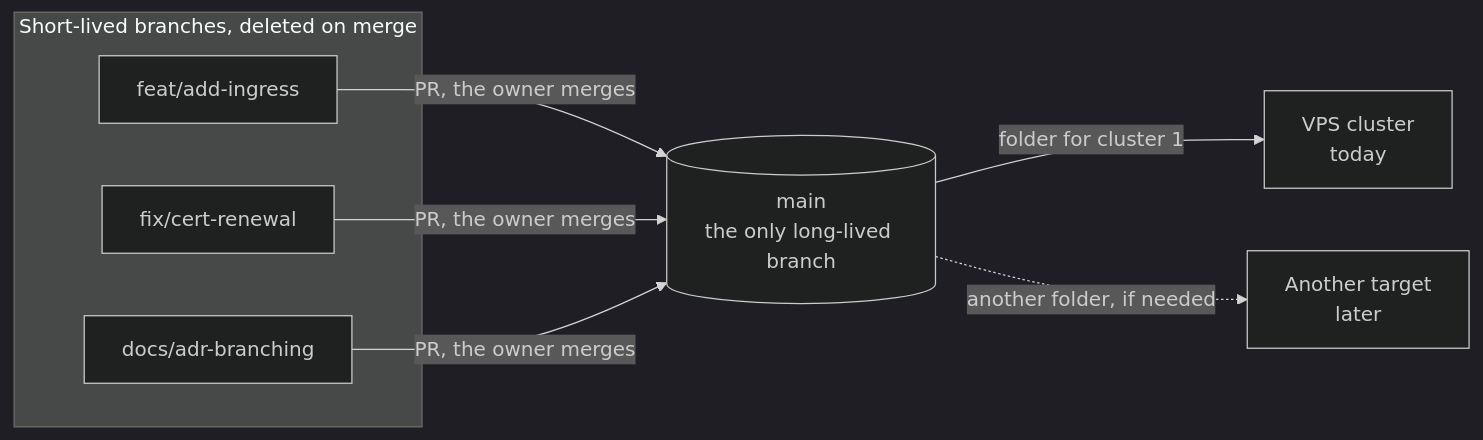
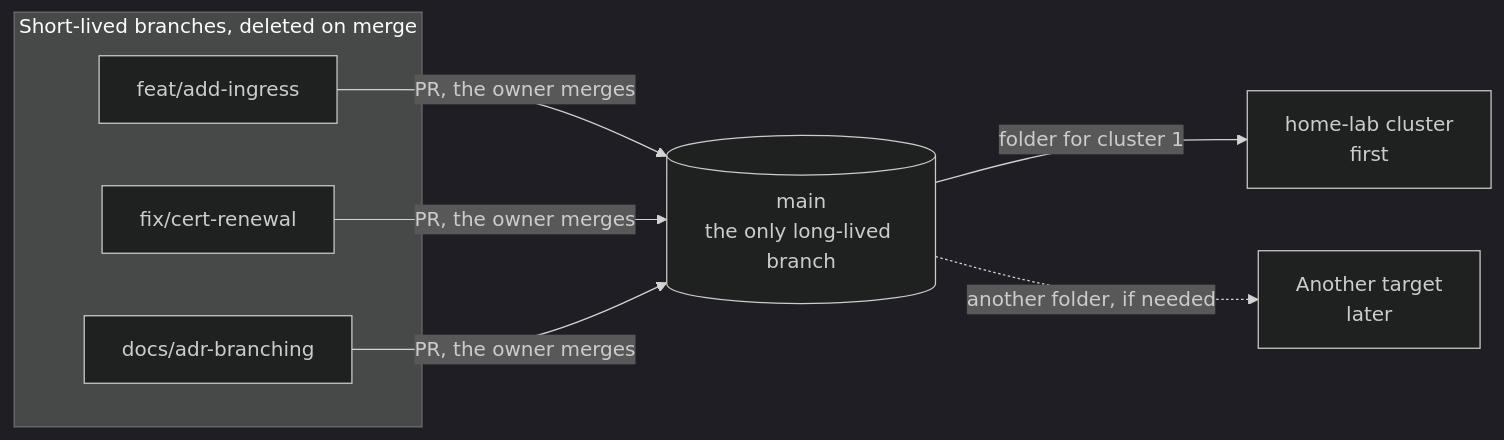
Before and after one commit to jonhill90/central-hub: the diagram in docs/decisions/0002-use-one-main-branch-with-environment-folders.md, drawn with Mermaid (dark theme). The commit also changed other lines of this file and 21 other files, not shown here.

````diff
--- a/docs/decisions/0002-use-one-main-branch-with-environment-folders.md
+++ b/docs/decisions/0002-use-one-main-branch-with-environment-folders.md
@@ -50,14 +50,14 @@
 ```mermaid
 flowchart LR
   subgraph short["Short-lived branches, deleted on merge"]
     F["feat/add-ingress"]
     X["fix/cert-renewal"]
     D["docs/adr-branching"]
   end
   F -->|PR, the owner merges| M
   X -->|PR, the owner merges| M
   D -->|PR, the owner merges| M
   M[("main<br/>the only long-lived branch")]
-  M -->|folder for cluster 1| C1["VPS cluster<br/>today"]
+  M -->|folder for cluster 1| C1["home-lab cluster<br/>first"]
   M -.->|another folder, if needed| C2["Another target<br/>later"]
 ```
````
